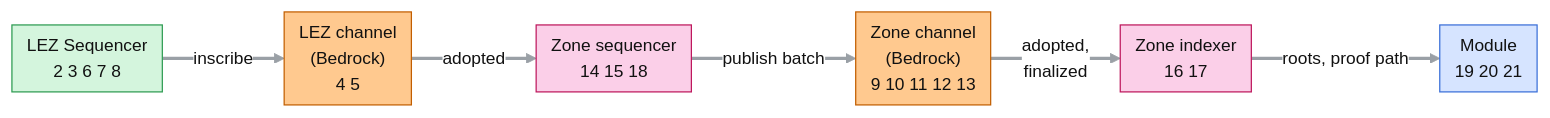
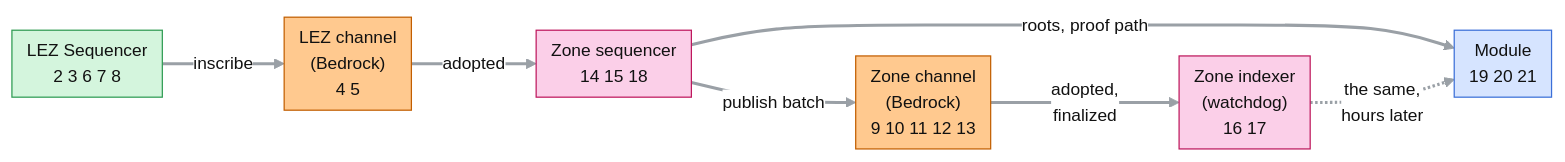
One commit to logos-co/logos-rln-membership-zone changed the fourth of 10 diagrams in docs/rfc-rln-membership-zone.md. Above: the diagram before and after it, drawn with Mermaid.

Commit message:
docs: Failure Handling pipeline reads roots from the sequencer, the indexer hours later

````diff
--- a/docs/rfc-rln-membership-zone.md
+++ b/docs/rfc-rln-membership-zone.md
@@ -520,21 +520,22 @@
 ```mermaid
 %%{init: {"theme": "base", "flowchart": {"curve": "basis", "nodeSpacing": 30, "rankSpacing": 50, "padding": 6}, "themeVariables": {"lineColor": "#9aa0a6", "primaryTextColor": "#111111", "edgeLabelBackground": "#ffffff", "fontSize": "14px"}}}%%
 flowchart LR
     LSEQ["LEZ Sequencer<br/>2 3 6 7 8"] -->|"inscribe"| LCH["LEZ channel<br/>(Bedrock)<br/>4 5"]
     LCH -->|"adopted"| ZSEQ["Zone sequencer<br/>14 15 18"]
     ZSEQ -->|"publish batch"| ZCH["Zone channel<br/>(Bedrock)<br/>9 10 11 12 13"]
-    ZCH -->|"adopted,<br/>finalized"| IDX["Zone indexer<br/>16 17"]
-    IDX -->|"roots, proof path"| MOD["Module<br/>19 20 21"]
+    ZCH -->|"adopted,<br/>finalized"| IDX["Zone indexer<br/>(watchdog)<br/>16 17"]
+    ZSEQ -->|"roots, proof path"| MOD["Module<br/>19 20 21"]
+    IDX -.->|"the same,<br/>hours later"| MOD
     linkStyle default stroke-width:2.5px
 
     classDef user fill:#d6e4ff,stroke:#3b6fd8,color:#111111
     classDef lez fill:#d4f5dd,stroke:#2e9b52,color:#111111
     classDef l1 fill:#ffc98f,stroke:#c25e00,color:#111111
     classDef zone fill:#fbcfe8,stroke:#be185d,color:#111111
     classDef bad fill:#ffe0e0,stroke:#c62828,color:#111111
     classDef ok fill:#e6e6e6,stroke:#8a8a8a,color:#111111
     class LSEQ lez
     class LCH,ZCH l1
     class ZSEQ,IDX zone
     class MOD user
 ```
````
